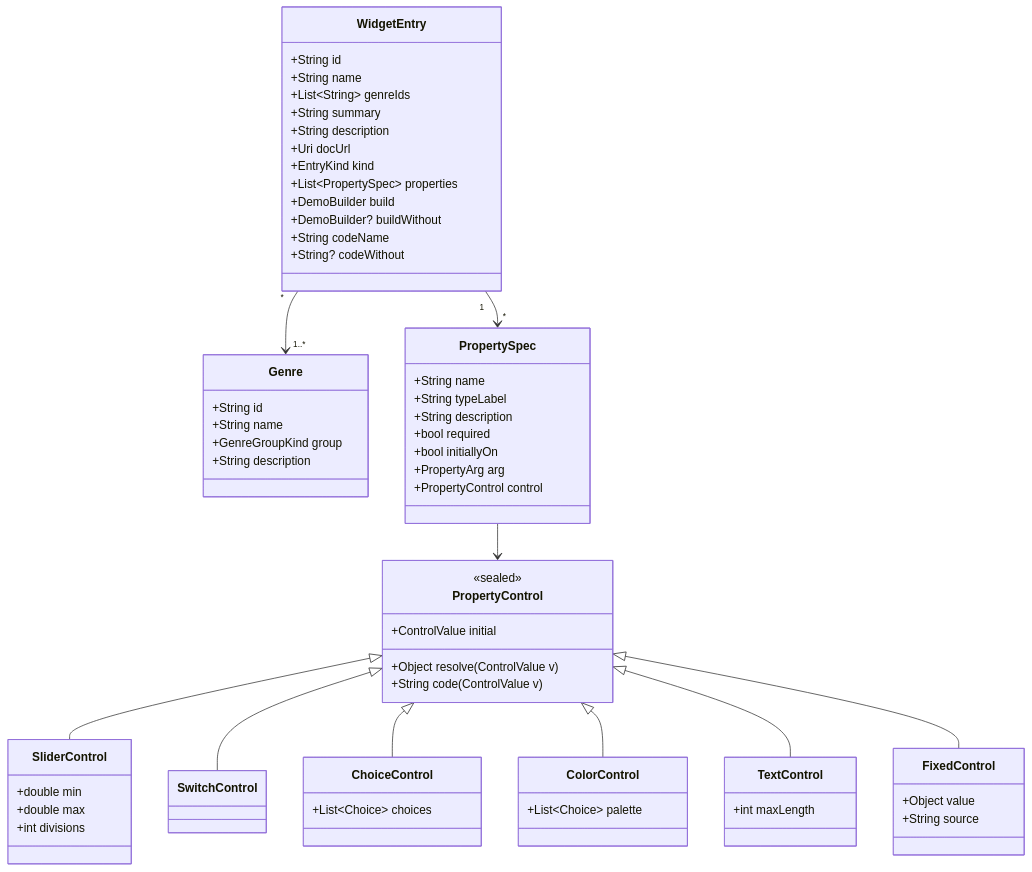
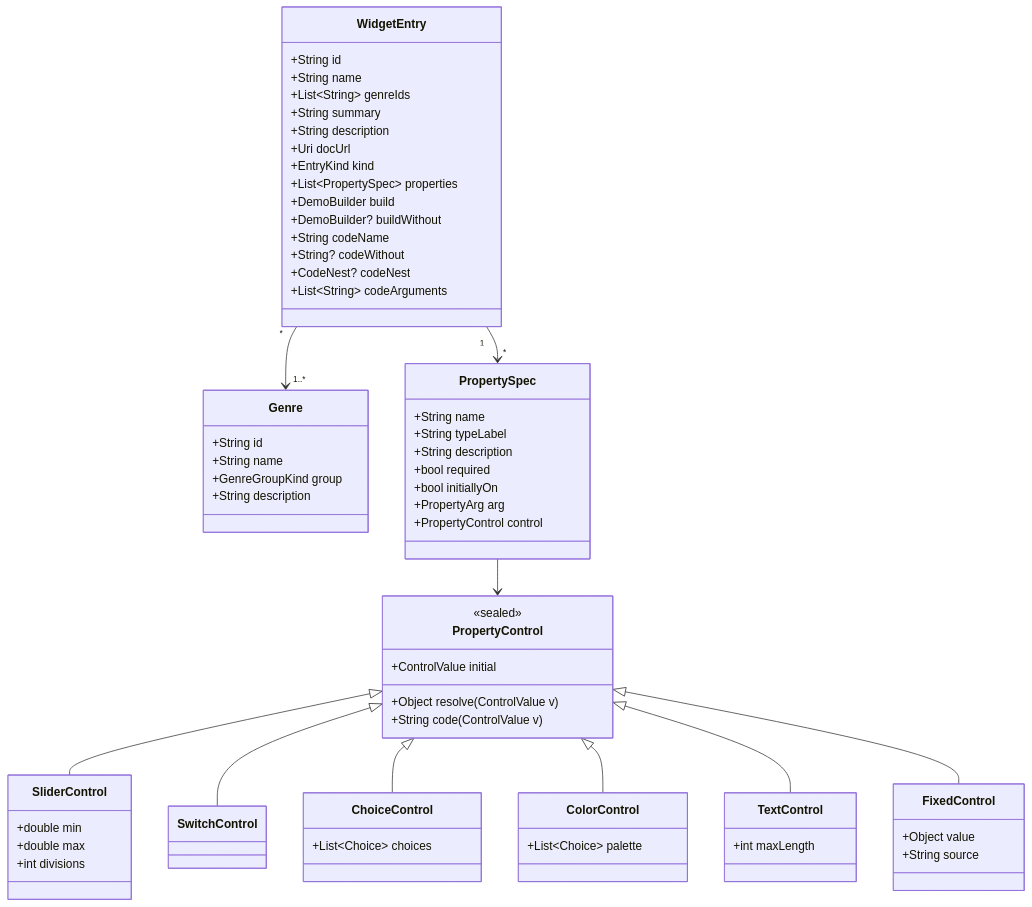
One commit to masa-futa/widget-lab changed the first of 6 diagrams in docs/design/functions/demo-engine.md. Above: the diagram before and after it, drawn with Mermaid. The commit also changed other lines of this file and 2 other files, not shown here.

````diff
--- a/docs/design/functions/demo-engine.md
+++ b/docs/design/functions/demo-engine.md
@@ -23,66 +23,68 @@
 ```mermaid
 classDiagram
     class Genre {
         +String id
         +String name
         +GenreGroupKind group
         +String description
     }
     class WidgetEntry {
         +String id
         +String name
         +List~String~ genreIds
         +String summary
         +String description
         +Uri docUrl
         +EntryKind kind
         +List~PropertySpec~ properties
         +DemoBuilder build
         +DemoBuilder? buildWithout
         +String codeName
         +String? codeWithout
+        +CodeNest? codeNest
+        +List~String~ codeArguments
     }
     class PropertySpec {
         +String name
         +String typeLabel
         +String description
         +bool required
         +bool initiallyOn
         +PropertyArg arg
         +PropertyControl control
     }
     class PropertyControl {
         <<sealed>>
         +ControlValue initial
         +Object resolve(ControlValue v)
         +String code(ControlValue v)
     }
     class SliderControl {
         +double min
         +double max
         +int divisions
     }
     class SwitchControl
     class ChoiceControl {
         +List~Choice~ choices
     }
     class ColorControl {
         +List~Choice~ palette
     }
     class TextControl {
         +int maxLength
     }
     class FixedControl {
         +Object value
         +String source
     }
     WidgetEntry "1" --> "*" PropertySpec
     WidgetEntry "*" --> "1..*" Genre
     PropertySpec --> PropertyControl
     PropertyControl <|-- SliderControl
     PropertyControl <|-- SwitchControl
     PropertyControl <|-- ChoiceControl
     PropertyControl <|-- ColorControl
     PropertyControl <|-- TextControl
     PropertyControl <|-- FixedControl
 ```
````
